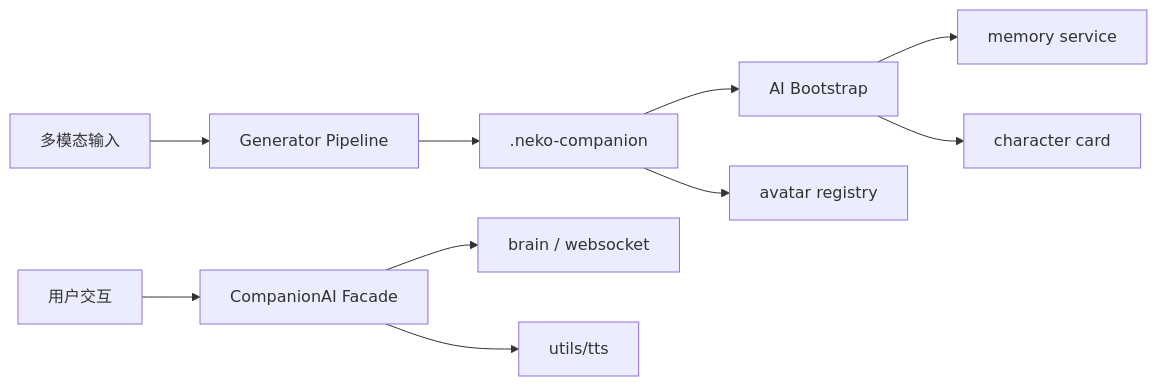
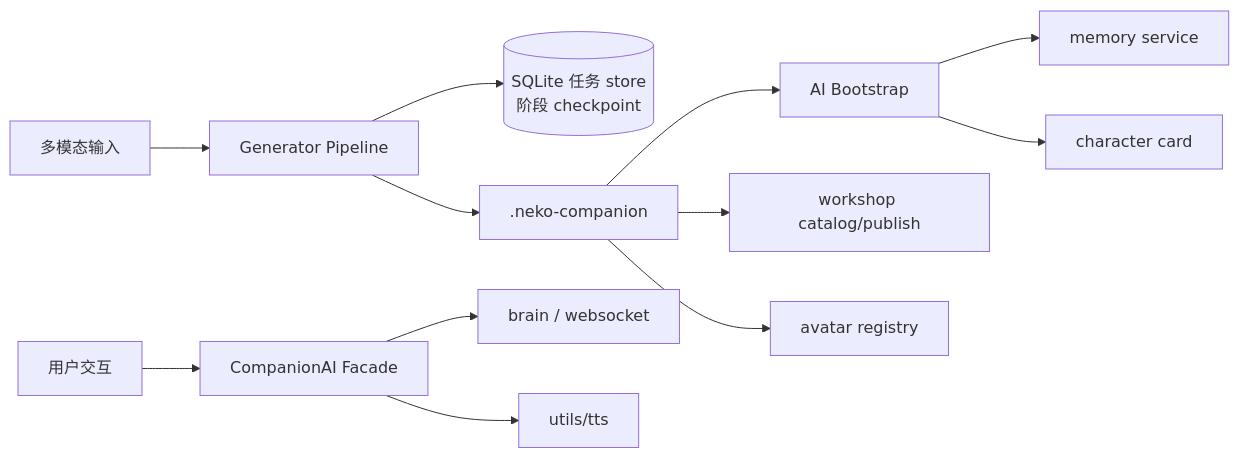
Before and after one commit to KatouRyuuji/N.E.K.O: the diagram in docs/companion-platform/ARCHITECTURE.md, drawn with Mermaid. The commit also changed other lines of this file and 3 other files, not shown here.

Commit message:
docs(companion): mark Phase 4 complete in roadmap, gap analysis, architecture

````diff
--- a/docs/companion-platform/ARCHITECTURE.md
+++ b/docs/companion-platform/ARCHITECTURE.md
@@ -17,12 +26,14 @@
 ```mermaid
 flowchart LR
     Input[多模态输入] --> Pipeline[Generator Pipeline]
+    Pipeline --> Store[(SQLite 任务 store\n阶段 checkpoint)]
     Pipeline --> Artifact[.neko-companion]
     Artifact --> Bootstrap[AI Bootstrap]
+    Artifact --> Workshop[workshop catalog/publish]
     Bootstrap --> Memory[memory service]
     Bootstrap --> Persona[character card]
     Artifact --> Avatar[avatar registry]
     User[用户交互] --> Facade[CompanionAI Facade]
     Facade --> Brain[brain / websocket]
     Facade --> TTS[utils/tts]
 ```
````
